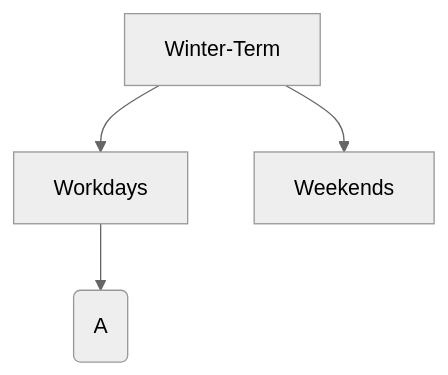
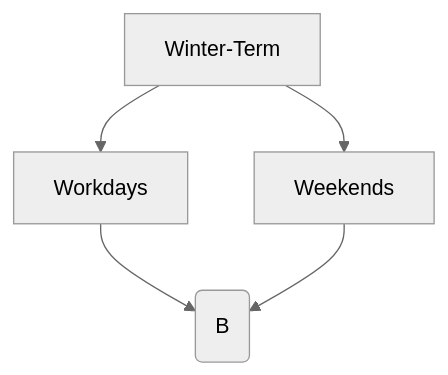
Before and after one commit to hajri94/Predictive-Model-for-Heat-Load-in-Buildings-Connected-to-District-Heating-Network: the diagram in README.md, drawn with Mermaid (neutral theme). The commit also changed other lines of this file, not shown here.

````diff
--- a/README.md
+++ b/README.md
@@ -71,6 +71,7 @@
 ```mermaid
 graph TD;
     Winter-Term-->Workdays;
     Winter-Term-->Weekends;    
     Workdays-->Model-(A);
- ```
+    Weekends-->Model-(B);
+```
````
